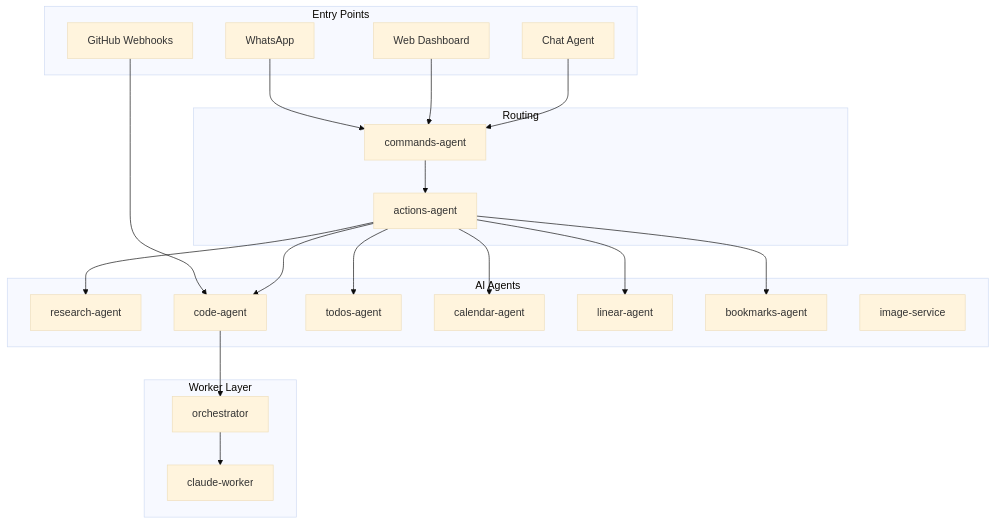
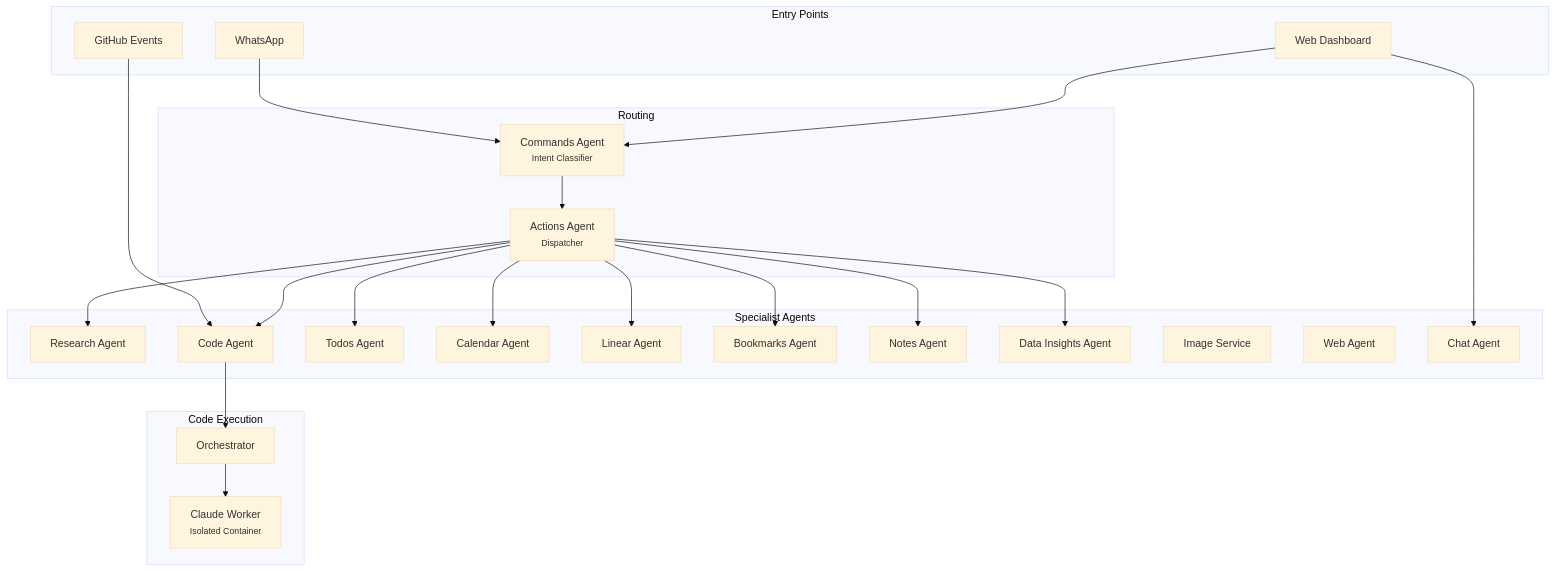
One commit to pbuchman/intexuraos changed the third of 3 diagrams in README.md. Above: the diagram before and after it, drawn with Mermaid (base theme). The commit also changed other lines of this file and 48 other files, not shown here.

````diff
--- a/README.md
+++ b/README.md
@@ -157,34 +154,38 @@
 ```mermaid
 graph TD
     subgraph "Entry Points"
         WA3[WhatsApp]
         WEB3[Web Dashboard]
-        CHAT[Chat Agent]
-        GH[GitHub Webhooks]
+        GH[GitHub Events]
     end
 
     subgraph "Routing"
-        CMD3[commands-agent]
-        ACT[actions-agent]
+        CMD3["Commands Agent<br><small>Intent Classifier</small>"]
+        ACT["Actions Agent<br><small>Dispatcher</small>"]
     end
 
-    subgraph "AI Agents"
-        RES[research-agent]
-        CODE3[code-agent]
-        TODO[todos-agent]
-        CAL[calendar-agent]
-        LIN3[linear-agent]
-        BOOK[bookmarks-agent]
-        IMG[image-service]
+    subgraph "Specialist Agents"
+        RES[Research Agent]
+        CODE3[Code Agent]
+        TODO[Todos Agent]
+        CAL[Calendar Agent]
+        LIN3[Linear Agent]
+        BOOK[Bookmarks Agent]
+        NOTE[Notes Agent]
+        DATA[Data Insights Agent]
+        IMG[Image Service]
+        WEBAG[Web Agent]
+        CHAT[Chat Agent]
     end
 
-    subgraph "Worker Layer"
-        ORCH3[orchestrator]
-        CW3[claude-worker]
+    subgraph "Code Execution"
+        ORCH3[Orchestrator]
+        CW3["Claude Worker<br><small>Isolated Container</small>"]
     end
 
-    WA3 & WEB3 & CHAT --> CMD3 --> ACT
+    WA3 & WEB3 --> CMD3 --> ACT
+    WEB3 --> CHAT
     GH --> CODE3
-    ACT --> RES & CODE3 & TODO & CAL & LIN3 & BOOK
+    ACT --> RES & CODE3 & TODO & CAL & LIN3 & BOOK & NOTE & DATA
     CODE3 --> ORCH3 --> CW3
 ```
````
